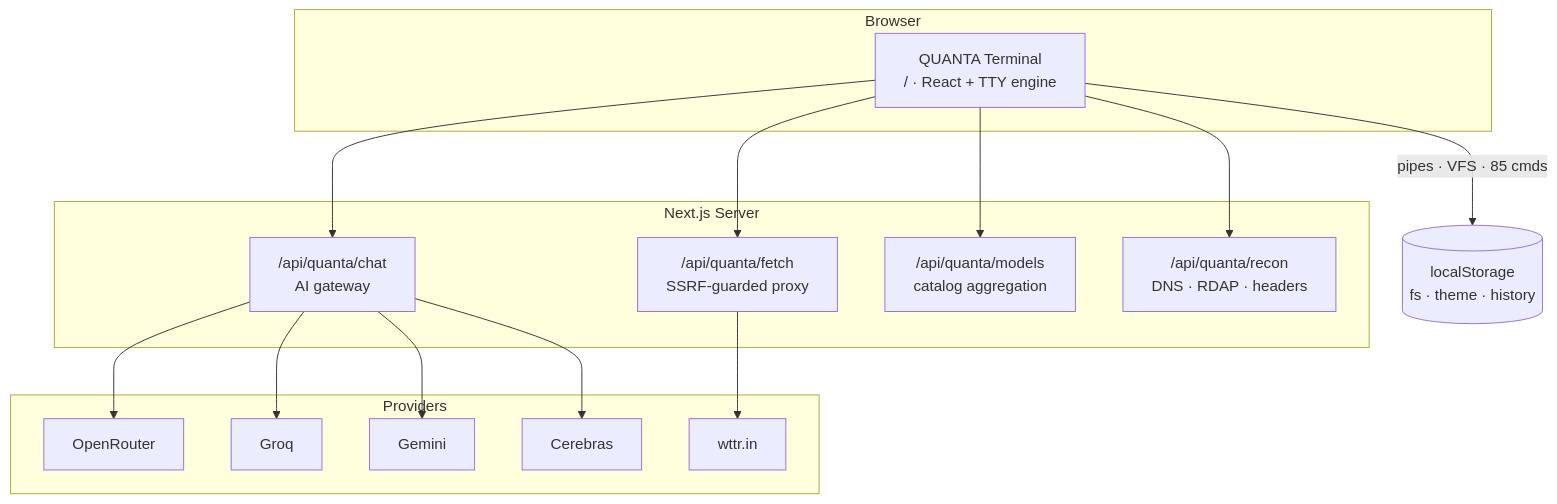
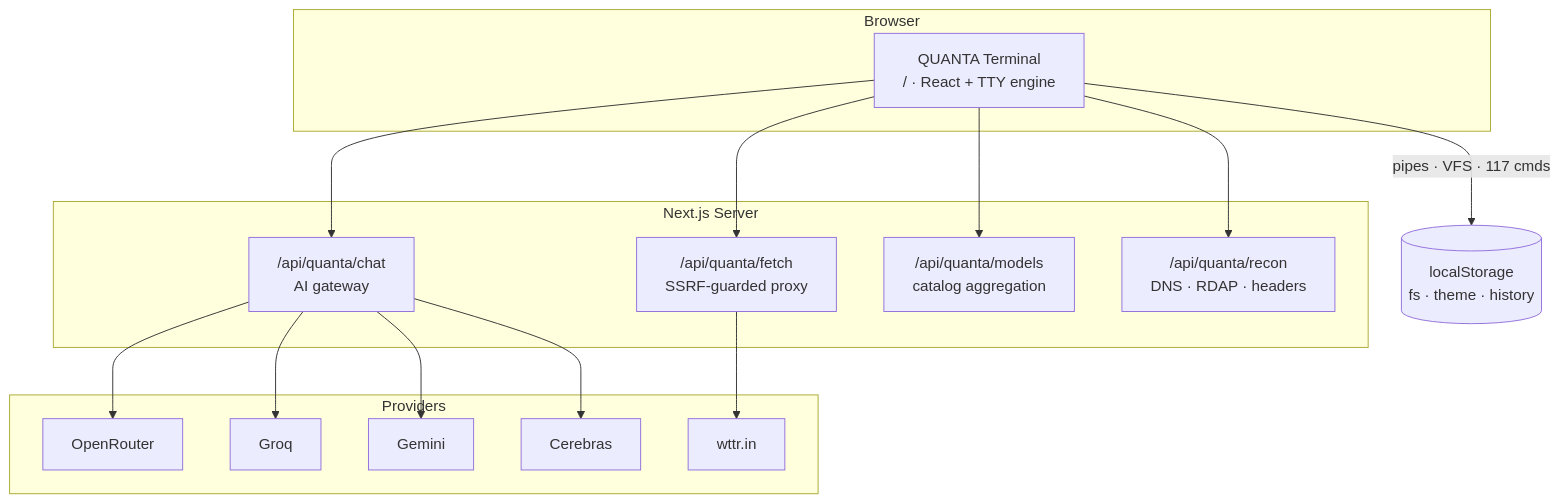
One commit to qtjg/quanta-terminal changed the second of 2 diagrams in README.md. Above: the diagram before and after it, drawn with Mermaid. The commit also changed other lines of this file and 1 other file, not shown here.

````diff
--- a/README.md
+++ b/README.md
@@ -293,24 +293,24 @@
 ```mermaid
 flowchart TB
     subgraph Browser
         T["QUANTA Terminal<br/>/ · React + TTY engine"]
     end
     subgraph "Next.js Server"
         F["/api/quanta/fetch<br/>SSRF-guarded proxy"]
         C["/api/quanta/chat<br/>AI gateway"]
         M["/api/quanta/models<br/>catalog aggregation"]
         R["/api/quanta/recon<br/>DNS · RDAP · headers"]
     end
     subgraph Providers
         OR["OpenRouter"]
         GQ["Groq"]
         GM["Gemini"]
         CB["Cerebras"]
         WT["wttr.in"]
     end
-    T -->|"pipes · VFS · 85 cmds"| LS[("localStorage<br/>fs · theme · history")]
+    T -->|"pipes · VFS · 117 cmds"| LS[("localStorage<br/>fs · theme · history")]
     T --> F --> WT
     T --> C --> OR & GQ & GM & CB
     T --> M
     T --> R
 ```
````
